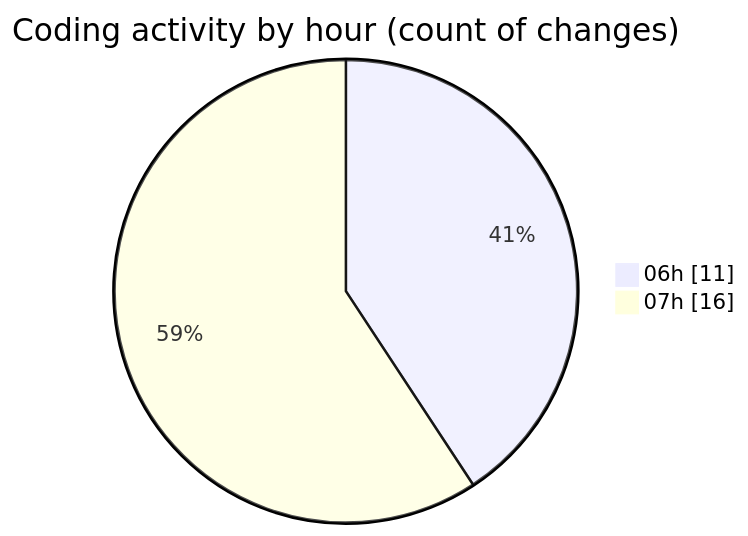
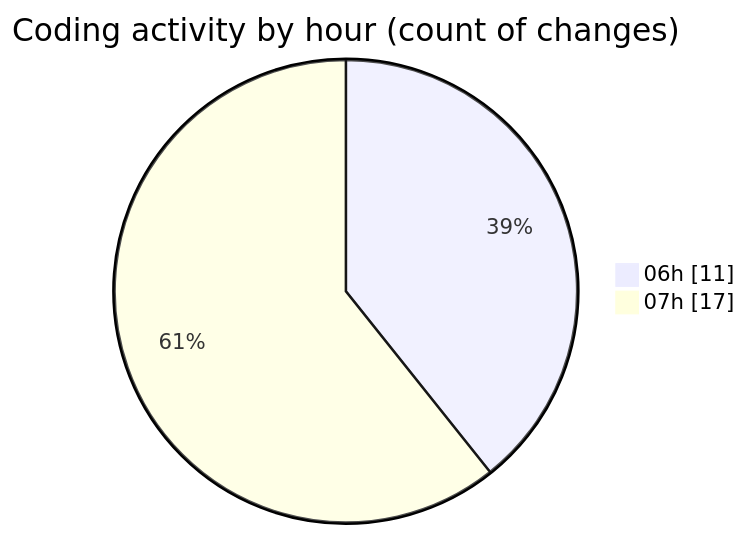
Before and after one commit to robertbonfada/code-tracking: the second of 2 diagrams in 2025-01-22/mbc-web/README.md, drawn with Mermaid. The commit also changed other lines of this file and 1 other file, not shown here.

````diff
--- a/2025-01-22/mbc-web/README.md
+++ b/2025-01-22/mbc-web/README.md
@@ -32,6 +32,6 @@
 ```mermaid
 pie showData
 title Coding activity by hour (count of changes)
 "06h" : 11
-"07h" : 16
+"07h" : 17
 ```
````
